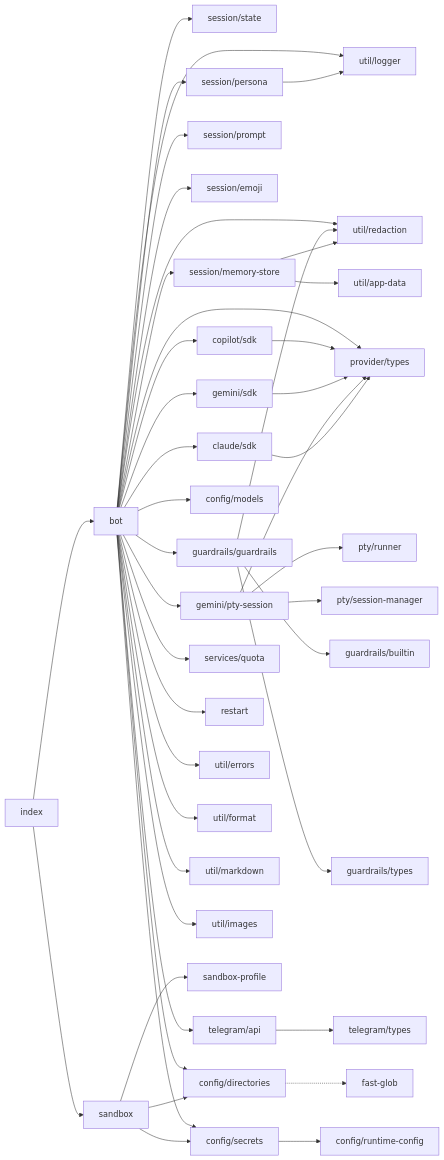
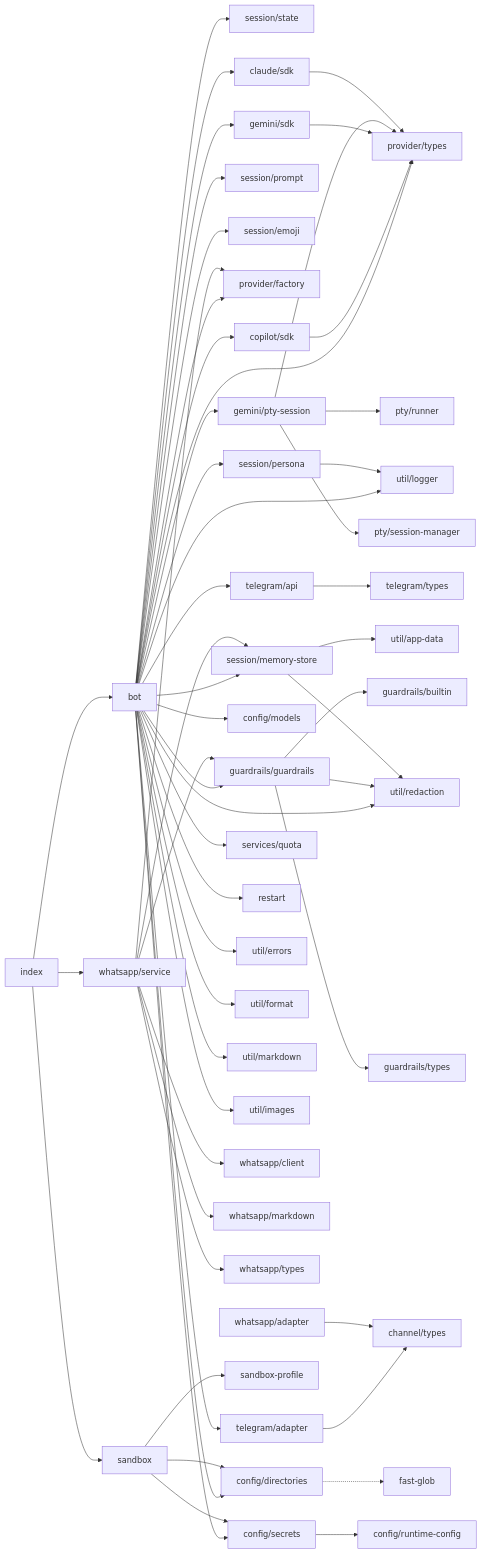
The third of 18 diagrams in spec.md (WeiTopaz/TeleTopaz), drawn with Mermaid before and after one commit. The commit also changed other lines of this file, not shown here.

````diff
--- a/spec.md
+++ b/spec.md
@@ -276,52 +311,63 @@
 ```mermaid
 graph LR
     bot --> session/state
     bot --> session/persona
     bot --> session/memory-store
     bot --> session/prompt
     bot --> session/emoji
+    bot --> provider/factory
     bot --> provider/types
     bot --> copilot/sdk
     bot --> gemini/sdk
     bot --> gemini/pty-session
     bot --> claude/sdk
     bot --> guardrails/guardrails
     bot --> telegram/api
+    bot --> telegram/adapter
     bot --> config/models
     bot --> config/directories
     bot --> config/secrets
     bot --> services/quota
     bot --> restart
     bot --> util/logger
     bot --> util/errors
     bot --> util/format
     bot --> util/markdown
     bot --> util/redaction
     bot --> util/images
 
     copilot/sdk --> provider/types
     gemini/sdk --> provider/types
     gemini/pty-session --> provider/types
     gemini/pty-session --> pty/runner
     gemini/pty-session --> pty/session-manager
     claude/sdk --> provider/types
 
     guardrails/guardrails --> guardrails/builtin
     guardrails/guardrails --> guardrails/types
     guardrails/guardrails --> util/redaction
 
     session/memory-store --> util/redaction
     session/memory-store --> util/app-data
     session/persona --> util/logger
 
     telegram/api --> telegram/types
+    telegram/adapter --> channel/types
+    whatsapp/service --> whatsapp/client
+    whatsapp/service --> whatsapp/markdown
+    whatsapp/service --> whatsapp/types
+    whatsapp/service --> provider/factory
+    whatsapp/service --> session/memory-store
+    whatsapp/service --> guardrails/guardrails
+    whatsapp/adapter --> channel/types
 
     config/secrets --> config/runtime-config
     config/directories -.-> fast-glob
 
     index --> bot
+    index --> whatsapp/service
     index --> sandbox
     sandbox --> sandbox-profile
     sandbox --> config/directories
     sandbox --> config/secrets
 ```
````
